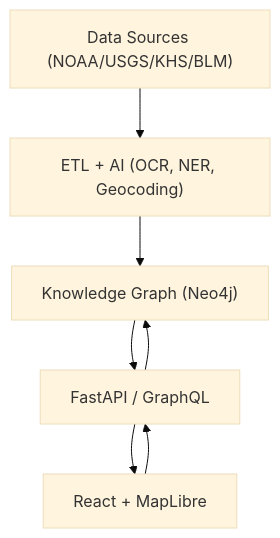
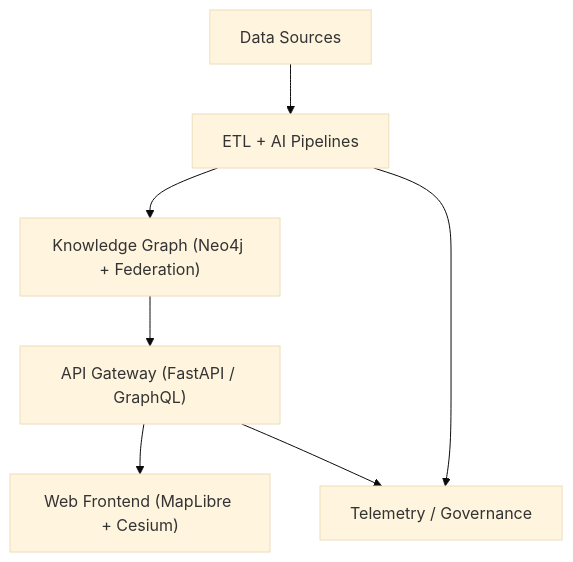
The diagram in ARCHITECTURE.md (bartytime4life/Kansas-Frontier-Matrix), drawn with Mermaid (base theme) before and after one commit. The commit also changed other lines of this file, not shown here.

````diff
--- a/ARCHITECTURE.md
+++ b/ARCHITECTURE.md
@@ -153,11 +168,13 @@
 ```mermaid
 flowchart TD
-A["Data Sources (NOAA/USGS/KHS/BLM)"]
-B["ETL + AI (OCR, NER, Geocoding)"]
-C["Knowledge Graph (Neo4j)"]
-D["FastAPI / GraphQL"]
-E["React + MapLibre"]
+  A["Data Sources"]
+  B["ETL + AI Pipelines"]
+  C["Knowledge Graph (Neo4j + Federation)"]
+  D["API Gateway (FastAPI / GraphQL)"]
+  E["Web Frontend (MapLibre + Cesium)"]
+  F["Telemetry / Governance"]
 
-A --> B --> C --> D --> E
-E --> D --> C
+  A --> B --> C --> D --> E
+  B --> F
+  D --> F
 ```
````
